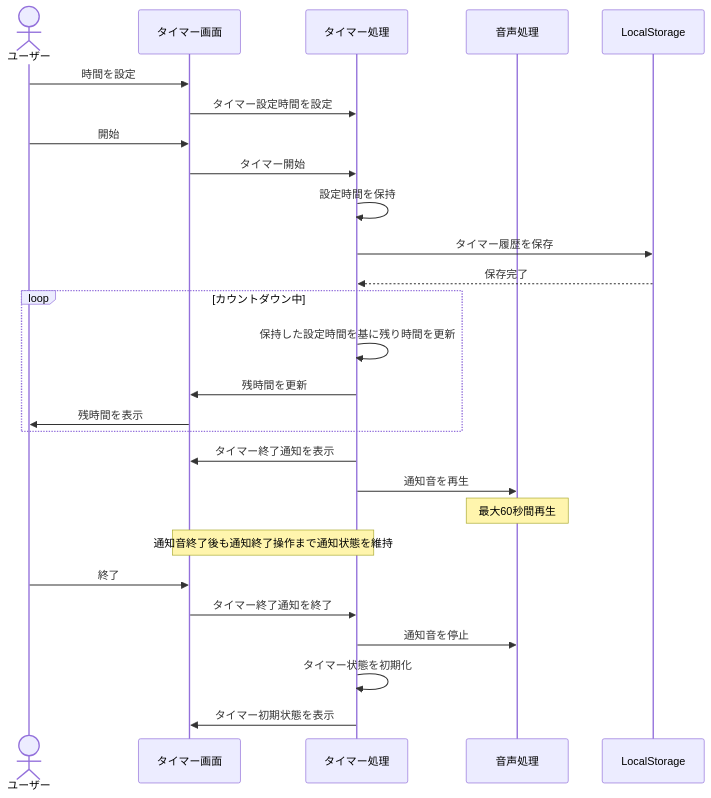
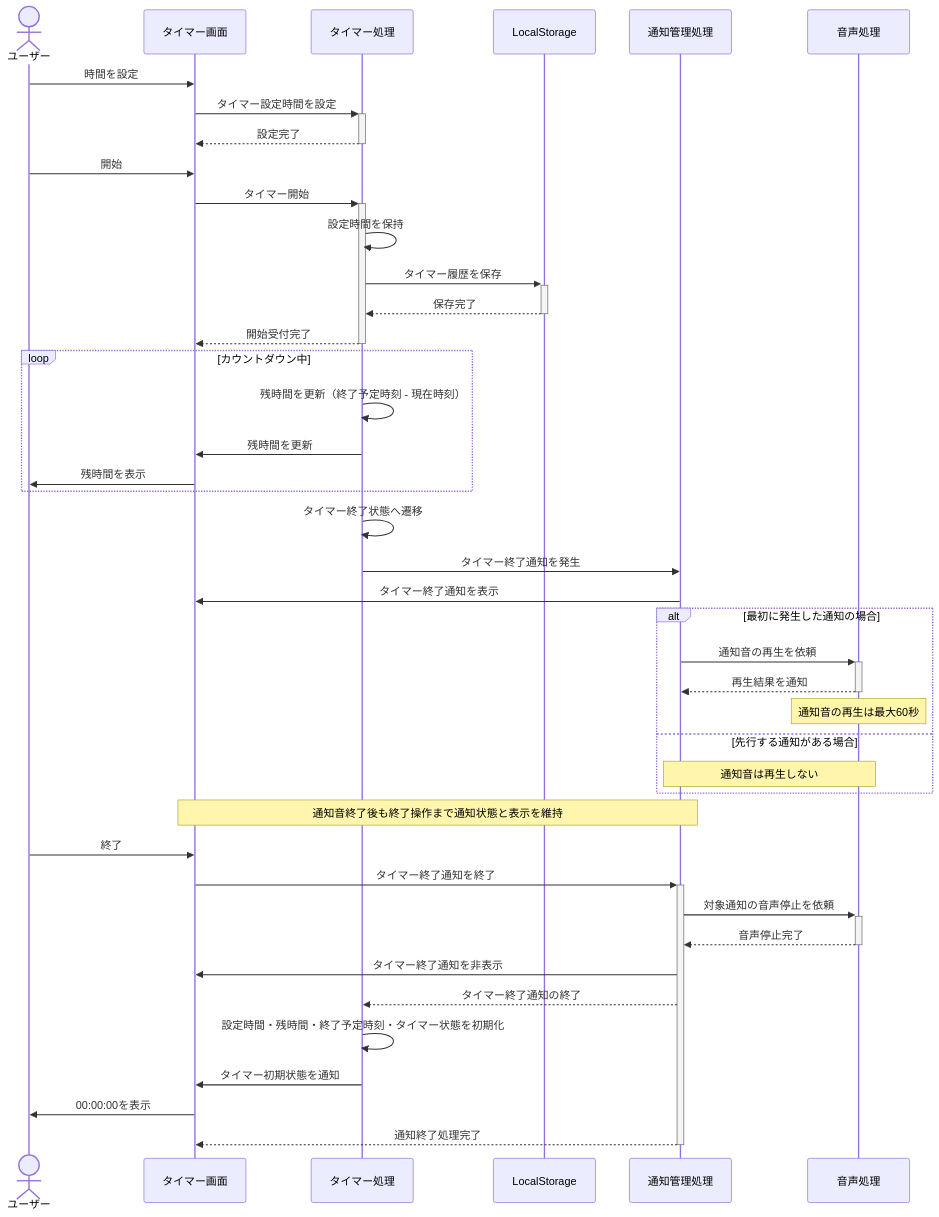
The first of 6 diagrams in document/設計/シーケンス図/タイマーシーケンス図.md (shun62201234-crypto/timerApplication), drawn with Mermaid before and after one commit. The commit also changed other lines of this file and 1 other file, not shown here.

First line of the commit message:
タイマーシーケンス図の処理内容と表記を見直し

````diff
--- a/document/設計/シーケンス図/タイマーシーケンス図.md
+++ b/document/設計/シーケンス図/タイマーシーケンス図.md
@@ -3,39 +3,54 @@
 ```mermaid
 sequenceDiagram
     actor ユーザー
     participant UI as タイマー画面
     participant Timer as タイマー処理
+    participant Storage as LocalStorage
+    participant Notify as 通知管理処理
     participant Audio as 音声処理
-    participant Storage as LocalStorage
 
     ユーザー->>UI: 時間を設定
-    UI->>Timer: タイマー設定時間を設定
+    UI->>+Timer: タイマー設定時間を設定
+    Timer-->>-UI: 設定完了
 
     ユーザー->>UI: 開始
-    UI->>Timer: タイマー開始
+    UI->>+Timer: タイマー開始
     Timer->>Timer: 設定時間を保持
 
-    Timer->>Storage: タイマー履歴を保存
-    Storage-->>Timer: 保存完了
+    Timer->>+Storage: タイマー履歴を保存
+    Storage-->>-Timer: 保存完了
+
+    Timer-->>-UI: 開始受付完了
 
     loop カウントダウン中
-        Timer->>Timer: 保持した設定時間を基に残り時間を更新
+        Timer->>Timer: 残時間を更新（終了予定時刻 - 現在時刻）
         Timer->>UI: 残時間を更新
         UI->>ユーザー: 残時間を表示
     end
 
-    Timer->>UI: タイマー終了通知を表示
-    Timer->>Audio: 通知音を再生
+    Timer->>Timer: タイマー終了状態へ遷移
+    Timer->>Notify: タイマー終了通知を発生
+    Notify->>UI: タイマー終了通知を表示
 
-    Note over Audio: 最大60秒間再生
-    Note over Timer,UI: 通知音終了後も通知終了操作まで通知状態を維持
+    alt 最初に発生した通知の場合
+        Notify->>+Audio: 通知音の再生を依頼
+        Audio-->>-Notify: 再生結果を通知
+        Note over Audio: 通知音の再生は最大60秒
+    else 先行する通知がある場合
+        Note over Notify,Audio: 通知音は再生しない
+    end
+
+    Note over Notify,UI: 通知音終了後も終了操作まで通知状態と表示を維持
 
     ユーザー->>UI: 終了
-    UI->>Timer: タイマー終了通知を終了
+    UI->>+Notify: タイマー終了通知を終了
+    Notify->>+Audio: 対象通知の音声停止を依頼
+    Audio-->>-Notify: 音声停止完了
+    Notify->>UI: タイマー終了通知を非表示
+    Notify-->>Timer: タイマー終了通知の終了
 
-    Timer->>Audio: 通知音を停止
-    
-
-    Timer->>Timer: タイマー状態を初期化
-    Timer->>UI: タイマー初期状態を表示
+    Timer->>Timer: 設定時間・残時間・終了予定時刻・タイマー状態を初期化
+    Timer->>UI: タイマー初期状態を通知
+    UI->>ユーザー: 00:00:00を表示
+    Notify-->>-UI: 通知終了処理完了
 ```
````
